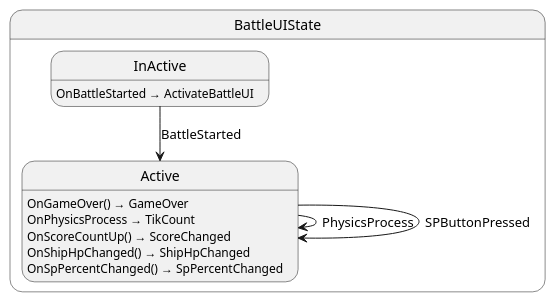
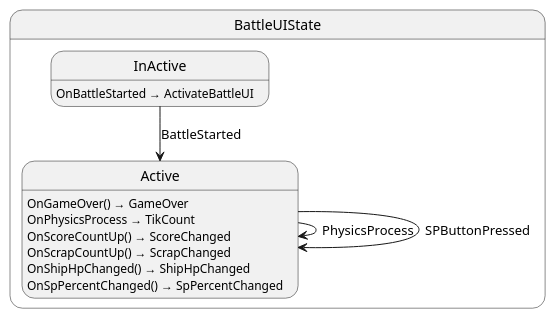
One commit to Ygoat/EternalJourney changed the diagram in src/battle_ui/state/BattleUILogic.g.puml. Above: the diagram before and after it, drawn with PlantUML. The commit also changed 68 other files, not shown here.

```diff
--- a/src/battle_ui/state/BattleUILogic.g.puml
+++ b/src/battle_ui/state/BattleUILogic.g.puml
@@ -1,17 +1,18 @@
 @startuml BattleUIState
 state "BattleUIState" as EternalJourney_BattleUI_State_BattleUIState {
   state "Active" as EternalJourney_BattleUI_State_BattleUIState_Active
   state "InActive" as EternalJourney_BattleUI_State_BattleUIState_InActive
 }
 
 EternalJourney_BattleUI_State_BattleUIState_Active --> EternalJourney_BattleUI_State_BattleUIState_Active : PhysicsProcess
 EternalJourney_BattleUI_State_BattleUIState_Active --> EternalJourney_BattleUI_State_BattleUIState_Active : SPButtonPressed
 EternalJourney_BattleUI_State_BattleUIState_InActive --> EternalJourney_BattleUI_State_BattleUIState_Active : BattleStarted
 
 EternalJourney_BattleUI_State_BattleUIState_Active : OnGameOver() → GameOver
 EternalJourney_BattleUI_State_BattleUIState_Active : OnPhysicsProcess → TikCount
 EternalJourney_BattleUI_State_BattleUIState_Active : OnScoreCountUp() → ScoreChanged
+EternalJourney_BattleUI_State_BattleUIState_Active : OnScrapCountUp() → ScrapChanged
 EternalJourney_BattleUI_State_BattleUIState_Active : OnShipHpChanged() → ShipHpChanged
 EternalJourney_BattleUI_State_BattleUIState_Active : OnSpPercentChanged() → SpPercentChanged
 EternalJourney_BattleUI_State_BattleUIState_InActive : OnBattleStarted → ActivateBattleUI
 @enduml
```
